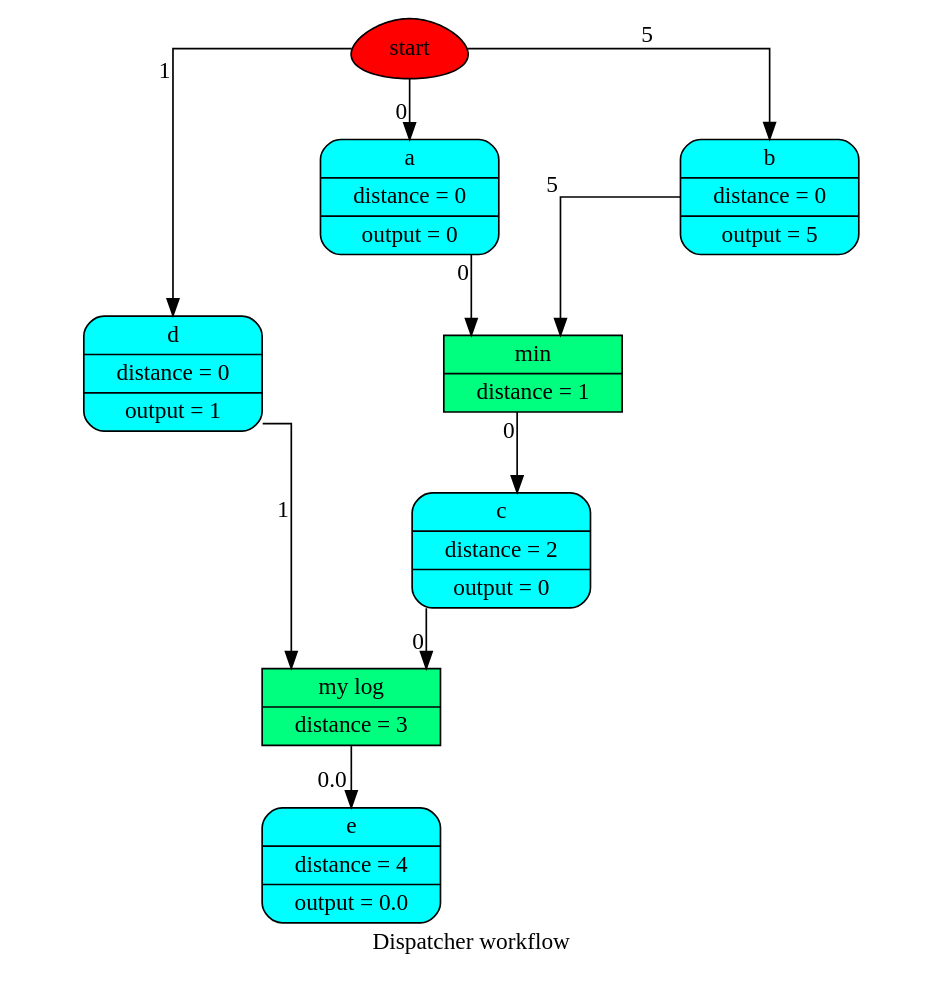
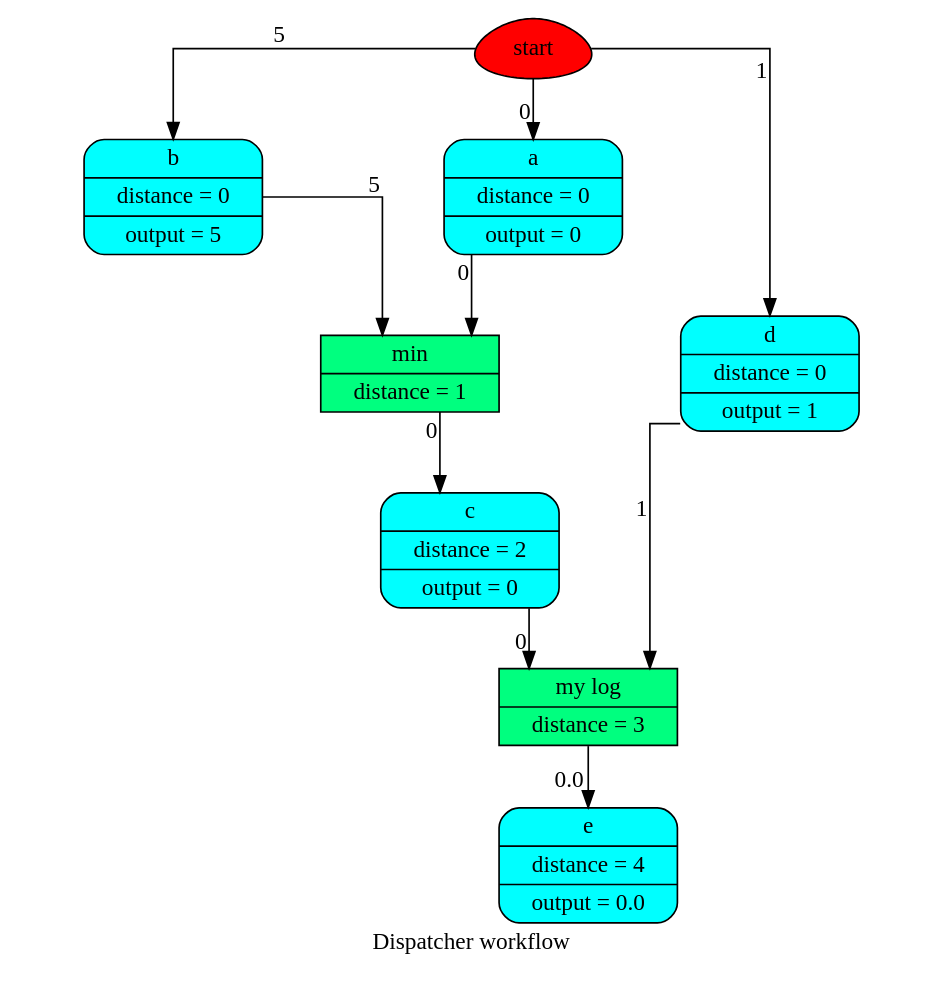
Before and after one commit to vinci1it2000/schedula: the diagram in doc/source/dispatcher/__init__/dispatch/wf1.dot, drawn with Graphviz. The commit also changed 24 other files, not shown here.

```diff
--- a/doc/source/dispatcher/__init__/dispatch/wf1.dot
+++ b/doc/source/dispatcher/__init__/dispatch/wf1.dot
@@ -1,23 +1,23 @@
 digraph Dispatcher {
 	graph [ratio=1]
 	node [style=filled]
+	label = "Dispatcher workflow"
 	splines = ortho
-	label = "Dispatcher workflow"
-		Dispatcher_4373660080 [label=start fillcolor=red shape=egg]
-		"Dispatcher_-2193805309291217967" [label="{ c | distance = 2 | output = 0 }" fillcolor=cyan shape=Mrecord]
-		Dispatcher_6631309999372667202 [label="{ d | distance = 0 | output = 1 }" fillcolor=cyan shape=Mrecord]
-		Dispatcher_6450217835171437971 [label="{ min | distance = 1 }" fillcolor=springgreen shape=record]
-		Dispatcher_9139109398902324004 [label="{ a | distance = 0 | output = 0 }" fillcolor=cyan shape=Mrecord]
-		Dispatcher_5099201867563505239 [label="{ b | distance = 0 | output = 5 }" fillcolor=cyan shape=Mrecord]
-		"Dispatcher_-3370615598685161996" [label="{ my log | distance = 3 }" fillcolor=springgreen shape=record]
-		"Dispatcher_-7260254538652562390" [label="{ e | distance = 4 | output = 0.0 }" fillcolor=cyan shape=Mrecord]
-			Dispatcher_4373660080 -> Dispatcher_6631309999372667202 [xlabel=1]
-			Dispatcher_4373660080 -> Dispatcher_9139109398902324004 [xlabel=0]
-			Dispatcher_4373660080 -> Dispatcher_5099201867563505239 [xlabel=5]
-			"Dispatcher_-2193805309291217967" -> "Dispatcher_-3370615598685161996" [xlabel=0]
-			Dispatcher_6631309999372667202 -> "Dispatcher_-3370615598685161996" [xlabel=1]
-			Dispatcher_6450217835171437971 -> "Dispatcher_-2193805309291217967" [xlabel=0]
-			Dispatcher_9139109398902324004 -> Dispatcher_6450217835171437971 [xlabel=0]
-			Dispatcher_5099201867563505239 -> Dispatcher_6450217835171437971 [xlabel=5]
-			"Dispatcher_-3370615598685161996" -> "Dispatcher_-7260254538652562390" [xlabel=0.0]
+		Dispatcher_4373639600 [label=start fillcolor=red shape=egg]
+		Dispatcher_7224607962633671560 [label="{ b | distance = 0 | output = 5 }" fillcolor=cyan shape=Mrecord]
+		Dispatcher_6900719114362863374 [label="{ c | distance = 2 | output = 0 }" fillcolor=cyan shape=Mrecord]
+		"Dispatcher_-1353340929889452664" [label="{ a | distance = 0 | output = 0 }" fillcolor=cyan shape=Mrecord]
+		Dispatcher_4732348619466872361 [label="{ e | distance = 4 | output = 0.0 }" fillcolor=cyan shape=Mrecord]
+		"Dispatcher_-1070141039410377572" [label="{ my log | distance = 3 }" fillcolor=springgreen shape=record]
+		"Dispatcher_-64976796429837218" [label="{ min | distance = 1 }" fillcolor=springgreen shape=record]
+		"Dispatcher_-5912537819166218321" [label="{ d | distance = 0 | output = 1 }" fillcolor=cyan shape=Mrecord]
+			Dispatcher_4373639600 -> "Dispatcher_-1353340929889452664" [xlabel=0]
+			Dispatcher_4373639600 -> Dispatcher_7224607962633671560 [xlabel=5]
+			Dispatcher_4373639600 -> "Dispatcher_-5912537819166218321" [xlabel=1]
+			Dispatcher_7224607962633671560 -> "Dispatcher_-64976796429837218" [xlabel=5]
+			Dispatcher_6900719114362863374 -> "Dispatcher_-1070141039410377572" [xlabel=0]
+			"Dispatcher_-1353340929889452664" -> "Dispatcher_-64976796429837218" [xlabel=0]
+			"Dispatcher_-1070141039410377572" -> Dispatcher_4732348619466872361 [xlabel=0.0]
+			"Dispatcher_-64976796429837218" -> Dispatcher_6900719114362863374 [xlabel=0]
+			"Dispatcher_-5912537819166218321" -> "Dispatcher_-1070141039410377572" [xlabel=1]
 }
```
